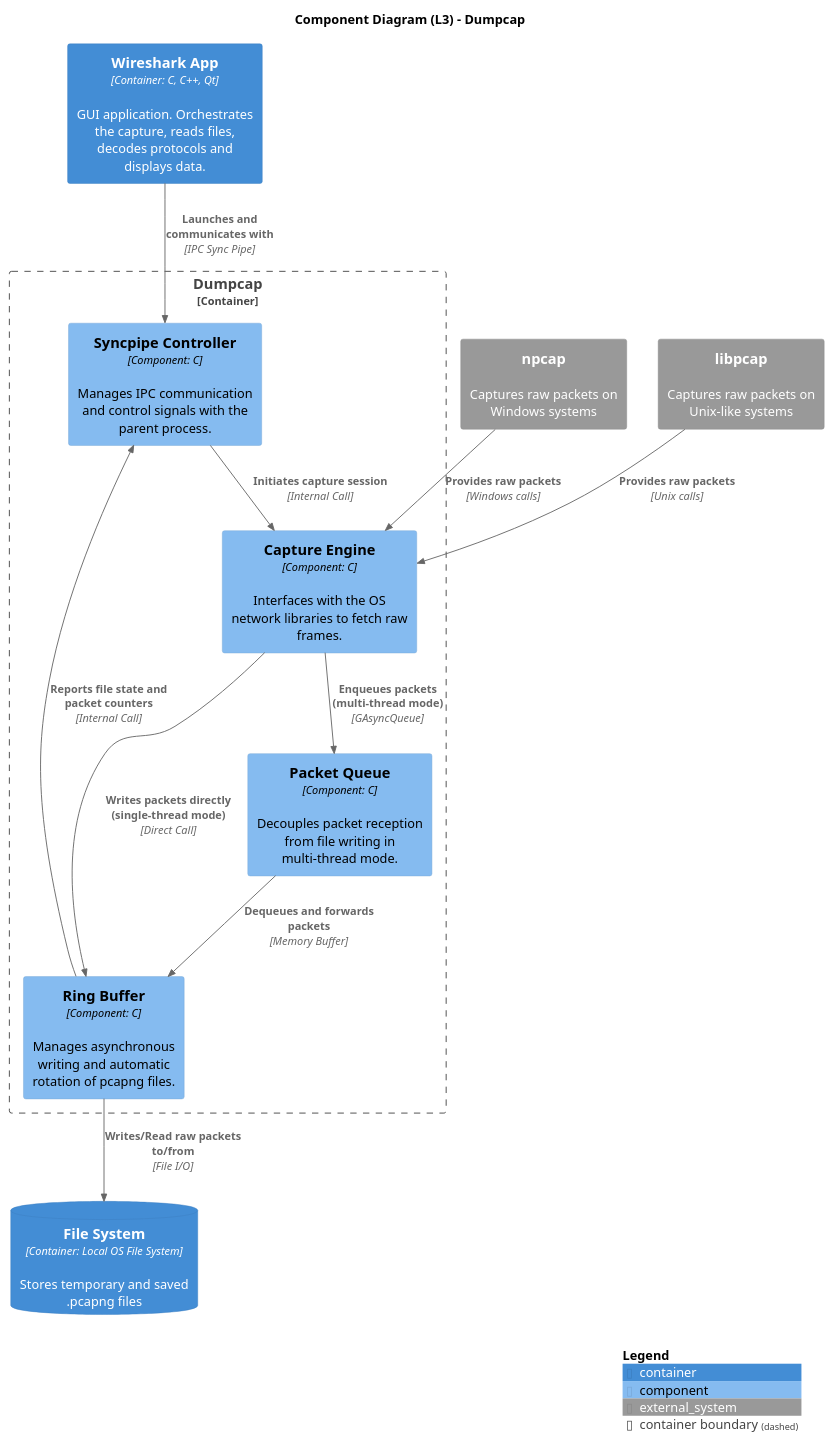
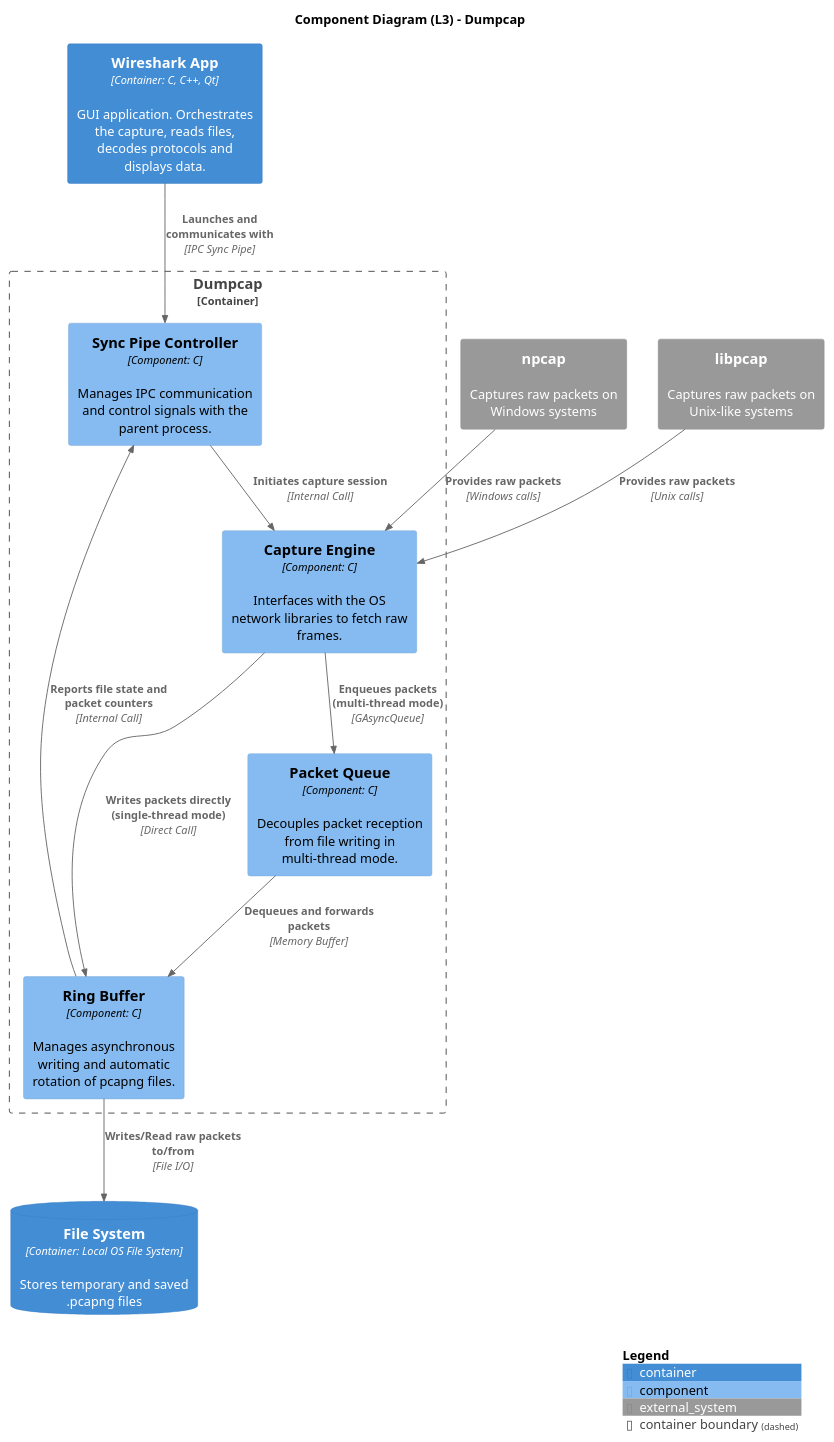
The diagram in reports/architecture-diagrams/code/dumpcap_component_diagram.puml (SDA-Team05/project-team05), drawn with PlantUML before and after one commit. The commit also changed 2 other files, not shown here.

Commit message:
fixed typos in architecture report

```diff
--- a/reports/architecture-diagrams/code/dumpcap_component_diagram.puml
+++ b/reports/architecture-diagrams/code/dumpcap_component_diagram.puml
@@ -1,33 +1,33 @@
 @startuml C4_Elements_L3
 !include https://raw.githubusercontent.com/plantuml-stdlib/C4-PlantUML/master/C4_Component.puml
 
 title Component Diagram (L3) - Dumpcap
 
 Container(wireshark, "Wireshark App", "Container: C, C++, Qt", "GUI application. Orchestrates the capture, reads files, decodes protocols and displays data.")
 ContainerDb(filesystem, "File System", "Container: Local OS File System", "Stores temporary and saved .pcapng files")
 System_Ext(npcap, "npcap", "Captures raw packets on Windows systems")
 System_Ext(libpcap, "libpcap", "Captures raw packets on Unix-like systems")
 
 Container_Boundary(dumpcap_res, "Dumpcap") {
 
-    Component(sync_pipe, "Syncpipe Controller", "Component: C", "Manages IPC communication and control signals with the parent process.")
+    Component(sync_pipe, "Sync Pipe Controller", "Component: C", "Manages IPC communication and control signals with the parent process.")
 
     Component(cap_eng, "Capture Engine", "Component: C", "Interfaces with the OS network libraries to fetch raw frames.")
 
     Component(packet_queue, "Packet Queue", "Component: C", "Decouples packet reception from file writing in multi-thread mode.")
 
     Component(file_writer, "Ring Buffer", "Component: C", "Manages asynchronous writing and automatic rotation of pcapng files.")
 }
 
 Rel(wireshark, sync_pipe, "Launches and communicates with", "IPC Sync Pipe")
 Rel(sync_pipe, cap_eng, "Initiates capture session", "Internal Call")
 Rel(npcap, cap_eng, "Provides raw packets", "Windows calls")
 Rel(libpcap, cap_eng, "Provides raw packets", "Unix calls")
 Rel(cap_eng, packet_queue, "Enqueues packets (multi-thread mode)", "GAsyncQueue")
 Rel(packet_queue, file_writer, "Dequeues and forwards packets", "Memory Buffer")
 Rel(cap_eng, file_writer, "Writes packets directly (single-thread mode)", "Direct Call")
 Rel(file_writer, sync_pipe, "Reports file state and packet counters", "Internal Call")
 Rel(file_writer, filesystem, "Writes/Read raw packets to/from", "File I/O")
 
 SHOW_LEGEND()
 @enduml
```
